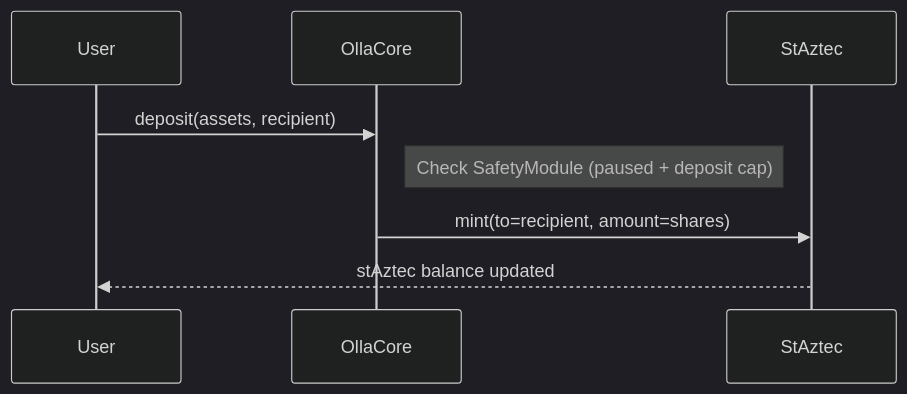
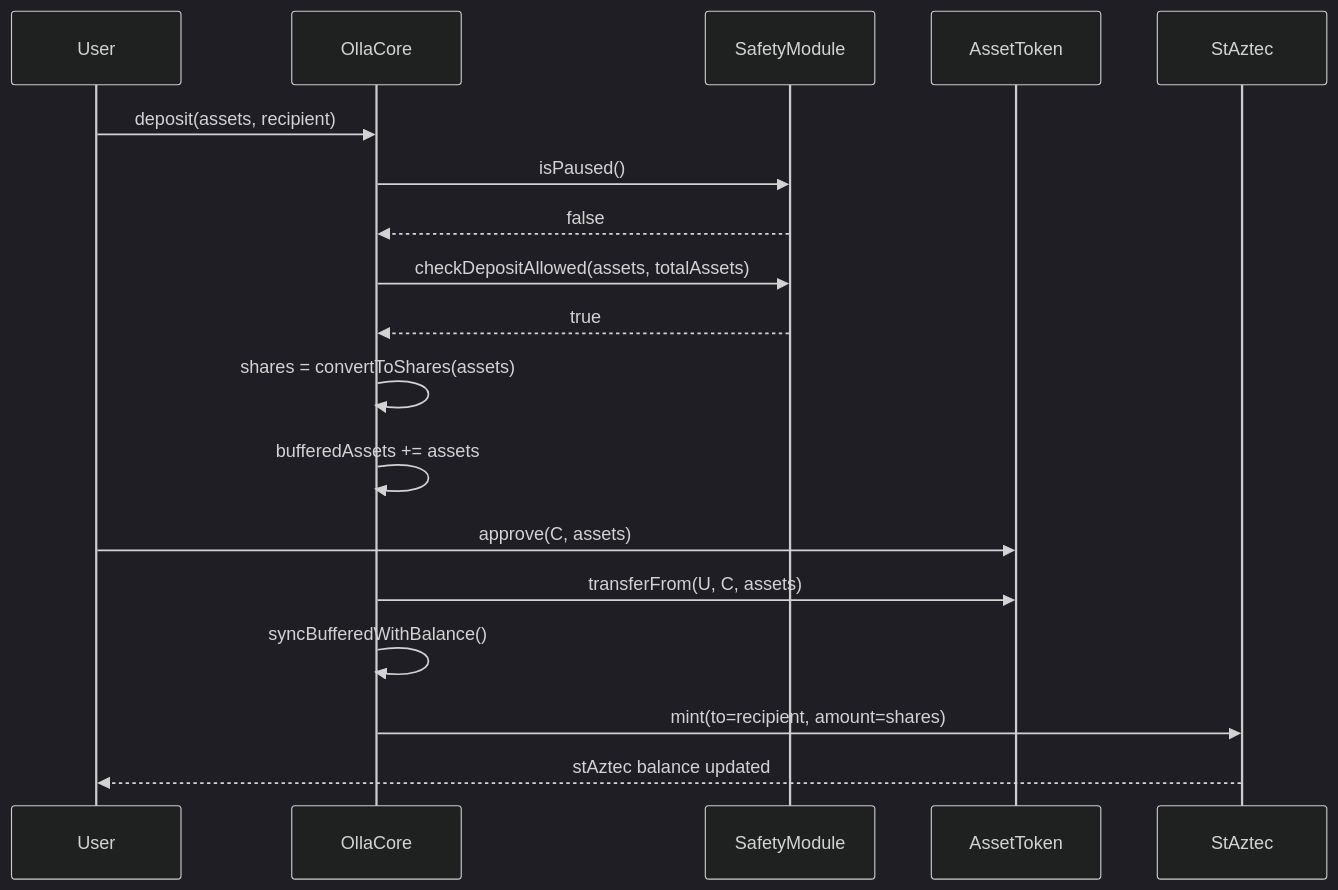
One commit to ollafinance/core changed the second of 6 diagrams in mermaid-diagrams.md. Above: the diagram before and after it, drawn with Mermaid (dark theme). The commit also changed other lines of this file, not shown here.

````diff
--- a/mermaid-diagrams.md
+++ b/mermaid-diagrams.md
@@ -115,11 +115,21 @@
 ```mermaid
 sequenceDiagram
     participant U as User
     participant C as OllaCore
+    participant SAF as SafetyModule
+    participant AZ as AssetToken
     participant ST as StAztec
 
     U->>C: deposit(assets, recipient)
-    Note right of C: Check SafetyModule (paused + deposit cap)
+    C->>SAF: isPaused()
+    SAF-->>C: false
+    C->>SAF: checkDepositAllowed(assets, totalAssets)
+    SAF-->>C: true
+    C->>C: shares = convertToShares(assets)
+    C->>C: bufferedAssets += assets
+    U->>AZ: approve(C, assets)
+    C->>AZ: transferFrom(U, C, assets)
+    C->>C: syncBufferedWithBalance()
     C->>ST: mint(to=recipient, amount=shares)
     ST-->>U: stAztec balance updated
 ```
````
